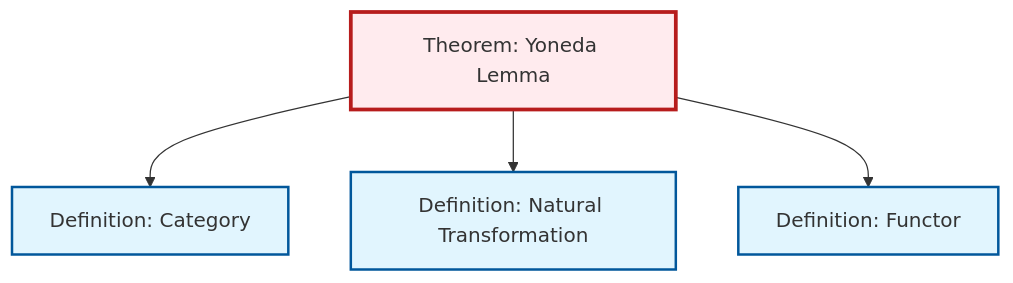
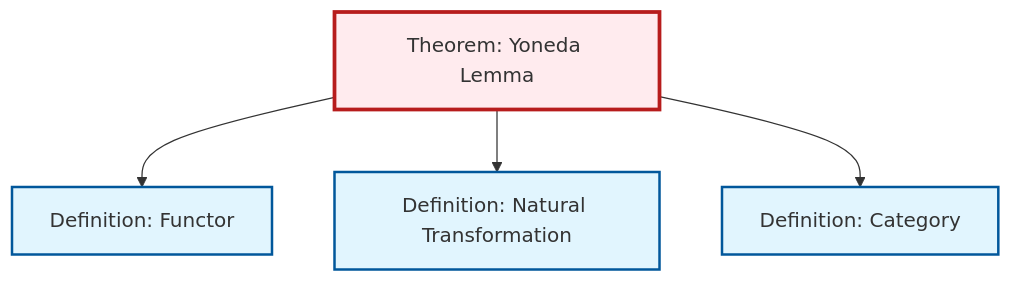
Before and after one commit to RK0429/ModernMath: the diagram in content/en/category-theory/thm-yoneda.qmd, drawn with Mermaid. The commit also changed other lines of this file and 1069 other files, not shown here.

````diff
--- a/content/en/category-theory/thm-yoneda.qmd
+++ b/content/en/category-theory/thm-yoneda.qmd
@@ -88,20 +88,20 @@
 ```{mermaid}
 %%| fig-cap: "Local dependency graph"
 graph TD
     classDef definition fill:#e1f5fe,stroke:#01579b,stroke-width:2px
     classDef theorem fill:#f3e5f5,stroke:#4a148c,stroke-width:2px
     classDef axiom fill:#fff3e0,stroke:#e65100,stroke-width:2px
     classDef example fill:#e8f5e9,stroke:#1b5e20,stroke-width:2px
     classDef current fill:#ffebee,stroke:#b71c1c,stroke-width:3px
+    def-category["Definition: Category"]:::definition
     thm-yoneda["Theorem: Yoneda Lemma"]:::theorem
-    def-category["Definition: Category"]:::definition
     def-natural-transformation["Definition: Natural Transformation"]:::definition
     def-functor["Definition: Functor"]:::definition
+    thm-yoneda --> def-functor
+    thm-yoneda --> def-natural-transformation
     thm-yoneda --> def-category
-    thm-yoneda --> def-natural-transformation
-    thm-yoneda --> def-functor
     class thm-yoneda current
     click def-category "def-category.html" "Go to Category definition"
     click def-natural-transformation "def-natural-transformation.html" "Go to Natural Transformation definition"
     click def-functor "def-functor.html" "Go to Functor definition"
 ```
````
